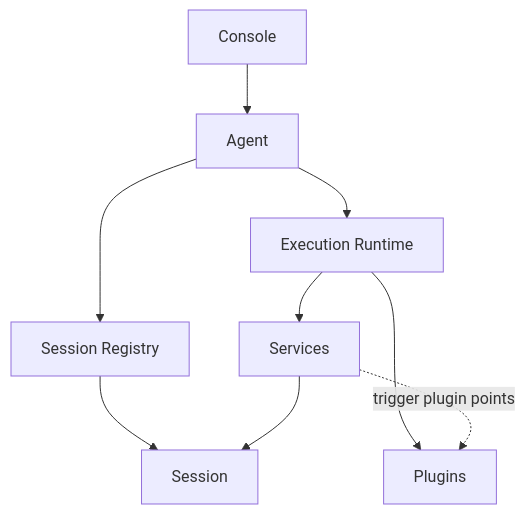
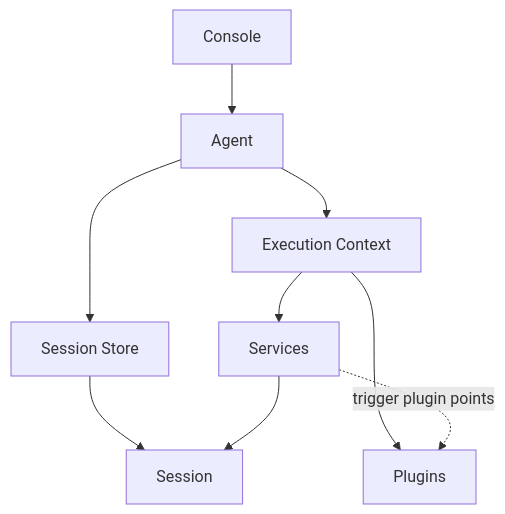
The diagram in homepage/content/docs/en/concepts/architecture.mdx (wangenius/downcity), drawn with Mermaid before and after one commit. The commit also changed other lines of this file and 96 other files, not shown here.

````diff
--- a/homepage/content/docs/en/concepts/architecture.mdx
+++ b/homepage/content/docs/en/concepts/architecture.mdx
@@ -65,11 +68,11 @@
 ```mermaid
 flowchart TD
   C["Console"] --> A["Agent"]
-  A --> ER["Execution Runtime"]
-  A --> SR["Session Registry"]
+  A --> EC["Execution Context"]
+  A --> SR["Session Store"]
   SR --> S["Session"]
-  ER --> SV["Services"]
-  ER --> PL["Plugins"]
+  EC --> SV["Services"]
+  EC --> PL["Plugins"]
   SV --> S
   SV -. trigger plugin points .-> PL
 ```
````
